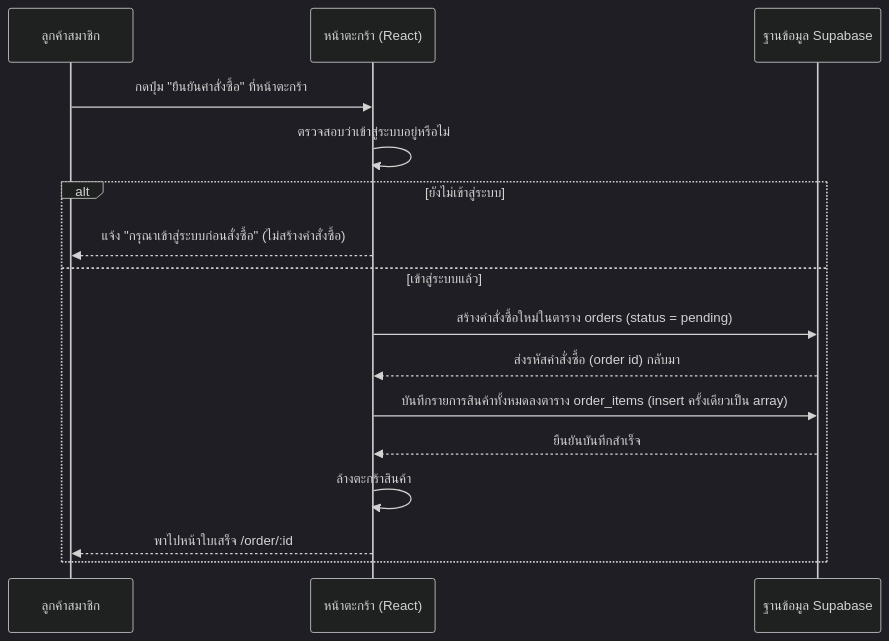
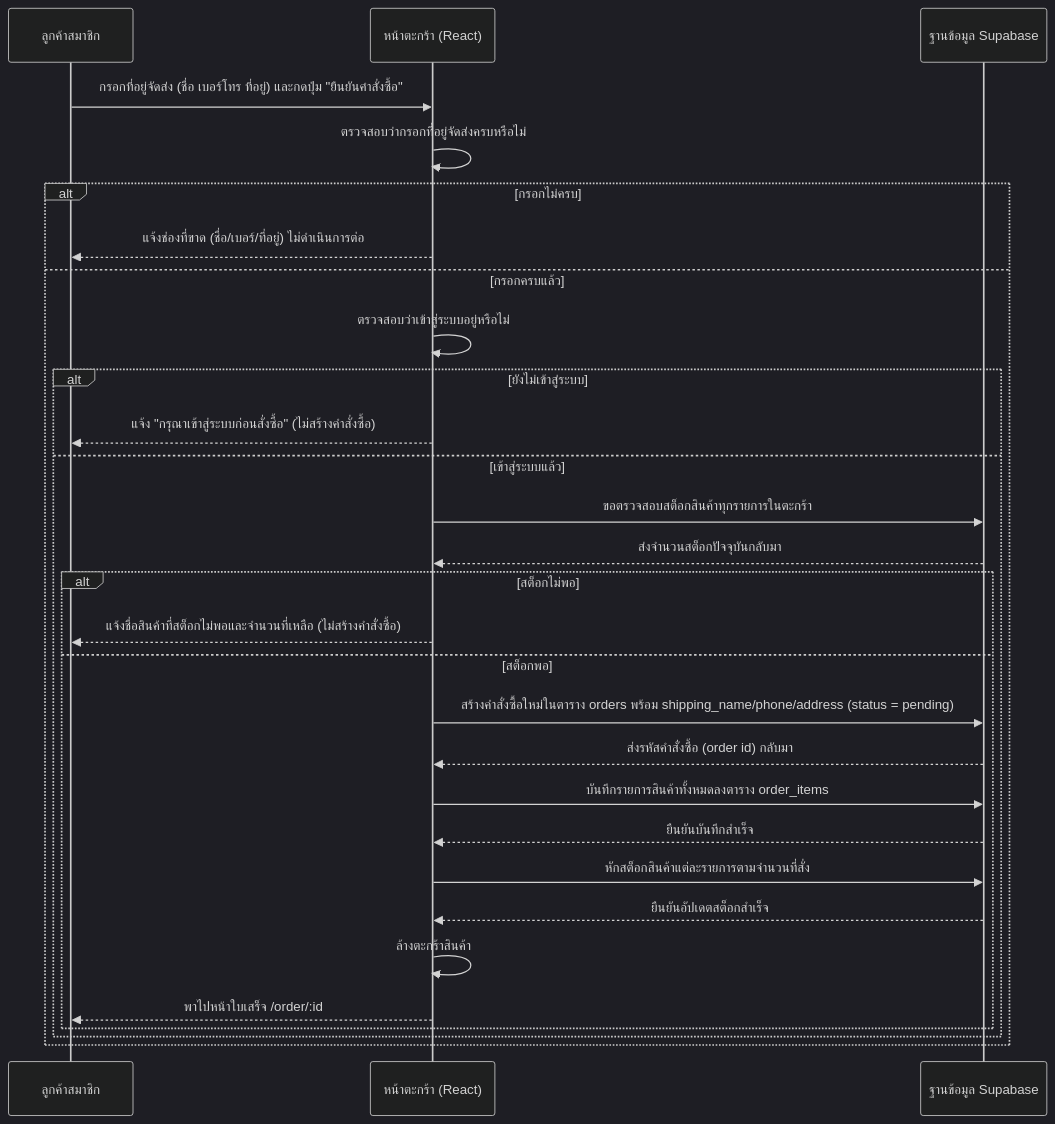
One commit to Kachanop/BM_com_v2 changed the sixth of 12 diagrams in docs/use-case-and-sequence.md. Above: the diagram before and after it, drawn with Mermaid (dark theme). The commit also changed other lines of this file and 4 other files, not shown here.

````diff
--- a/docs/use-case-and-sequence.md
+++ b/docs/use-case-and-sequence.md
@@ -123,19 +125,32 @@
 ```mermaid
 sequenceDiagram
     participant ลูกค้า as ลูกค้าสมาชิก
     participant เว็บ as หน้าตะกร้า (React)
     participant DB as ฐานข้อมูล Supabase
 
-    ลูกค้า->>เว็บ: กดปุ่ม "ยืนยันคำสั่งซื้อ" ที่หน้าตะกร้า
-    เว็บ->>เว็บ: ตรวจสอบว่าเข้าสู่ระบบอยู่หรือไม่
-    alt ยังไม่เข้าสู่ระบบ
-        เว็บ-->>ลูกค้า: แจ้ง "กรุณาเข้าสู่ระบบก่อนสั่งซื้อ" (ไม่สร้างคำสั่งซื้อ)
-    else เข้าสู่ระบบแล้ว
-        เว็บ->>DB: สร้างคำสั่งซื้อใหม่ในตาราง orders (status = pending)
-        DB-->>เว็บ: ส่งรหัสคำสั่งซื้อ (order id) กลับมา
-        เว็บ->>DB: บันทึกรายการสินค้าทั้งหมดลงตาราง order_items (insert ครั้งเดียวเป็น array)
-        DB-->>เว็บ: ยืนยันบันทึกสำเร็จ
-        เว็บ->>เว็บ: ล้างตะกร้าสินค้า
-        เว็บ-->>ลูกค้า: พาไปหน้าใบเสร็จ /order/:id
+    ลูกค้า->>เว็บ: กรอกที่อยู่จัดส่ง (ชื่อ เบอร์โทร ที่อยู่) และกดปุ่ม "ยืนยันคำสั่งซื้อ"
+    เว็บ->>เว็บ: ตรวจสอบว่ากรอกที่อยู่จัดส่งครบหรือไม่
+    alt กรอกไม่ครบ
+        เว็บ-->>ลูกค้า: แจ้งช่องที่ขาด (ชื่อ/เบอร์/ที่อยู่) ไม่ดำเนินการต่อ
+    else กรอกครบแล้ว
+        เว็บ->>เว็บ: ตรวจสอบว่าเข้าสู่ระบบอยู่หรือไม่
+        alt ยังไม่เข้าสู่ระบบ
+            เว็บ-->>ลูกค้า: แจ้ง "กรุณาเข้าสู่ระบบก่อนสั่งซื้อ" (ไม่สร้างคำสั่งซื้อ)
+        else เข้าสู่ระบบแล้ว
+            เว็บ->>DB: ขอตรวจสอบสต็อกสินค้าทุกรายการในตะกร้า
+            DB-->>เว็บ: ส่งจำนวนสต็อกปัจจุบันกลับมา
+            alt สต็อกไม่พอ
+                เว็บ-->>ลูกค้า: แจ้งชื่อสินค้าที่สต็อกไม่พอและจำนวนที่เหลือ (ไม่สร้างคำสั่งซื้อ)
+            else สต็อกพอ
+                เว็บ->>DB: สร้างคำสั่งซื้อใหม่ในตาราง orders พร้อม shipping_name/phone/address (status = pending)
+                DB-->>เว็บ: ส่งรหัสคำสั่งซื้อ (order id) กลับมา
+                เว็บ->>DB: บันทึกรายการสินค้าทั้งหมดลงตาราง order_items
+                DB-->>เว็บ: ยืนยันบันทึกสำเร็จ
+                เว็บ->>DB: หักสต็อกสินค้าแต่ละรายการตามจำนวนที่สั่ง
+                DB-->>เว็บ: ยืนยันอัปเดตสต็อกสำเร็จ
+                เว็บ->>เว็บ: ล้างตะกร้าสินค้า
+                เว็บ-->>ลูกค้า: พาไปหน้าใบเสร็จ /order/:id
+            end
+        end
     end
 ```
````
